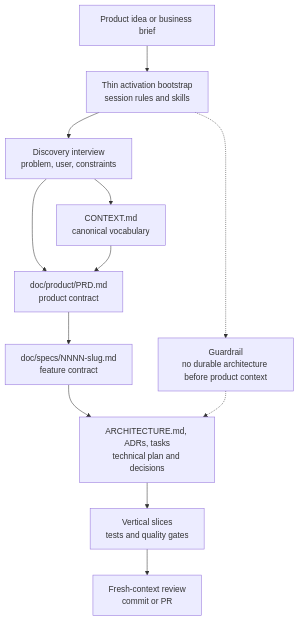
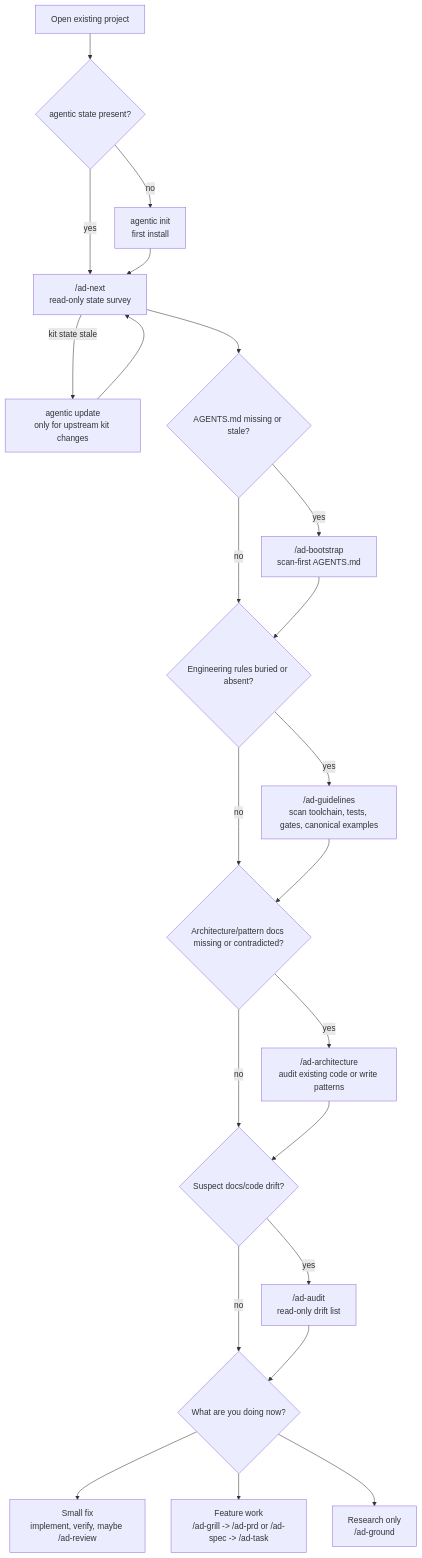
The fourth of 9 diagrams in WORKFLOW-FLOWS.md (alexandremendoncaalvaro/agentic-development), drawn with Mermaid before and after one commit. The commit also changed other lines of this file, not shown here.

First line of the commit message:
docs(workflow): route flows by installed skill scenario

````diff
--- a/WORKFLOW-FLOWS.md
+++ b/WORKFLOW-FLOWS.md
@@ -45,25 +135,43 @@
 ```mermaid
 flowchart TD
-    Idea["Product idea or business brief"]
-    Activation["Thin activation bootstrap<br>session rules and skills"]
-    Discovery["Discovery interview<br>problem, user, constraints"]
-    Domain["CONTEXT.md<br>canonical vocabulary"]
-    Prd["doc/product/PRD.md<br>product contract"]
-    Spec["doc/specs/NNNN-slug.md<br>feature contract"]
-    Plan["ARCHITECTURE.md, ADRs, tasks<br>technical plan and decisions"]
-    Code["Vertical slices<br>tests and quality gates"]
-    Review["Fresh-context review<br>commit or PR"]
-    Guard["Guardrail<br>no durable architecture before product context"]
+    Open["Open existing project"]
+    Installed{"agentic state present?"}
+    Init["agentic init<br>first install"]
+    Update["agentic update<br>only for upstream kit changes"]
+    Next["/ad-next<br>read-only state survey"]
+    NeedRules{"AGENTS.md missing or stale?"}
+    Bootstrap["/ad-bootstrap<br>scan-first AGENTS.md"]
+    NeedGuidelines{"Engineering rules buried or absent?"}
+    Guidelines["/ad-guidelines<br>scan toolchain, tests, gates, canonical examples"]
+    NeedArchitecture{"Architecture/pattern docs missing or contradicted?"}
+    Architecture["/ad-architecture<br>audit existing code or write patterns"]
+    NeedDrift{"Suspect docs/code drift?"}
+    Audit["/ad-audit<br>read-only drift list"]
+    WorkKind{"What are you doing now?"}
+    QuickFix["Small fix<br>implement, verify, maybe /ad-review"]
+    Feature["Feature work<br>/ad-grill -> /ad-prd or /ad-spec -> /ad-task"]
+    Research["Research only<br>/ad-ground"]
 
-    Idea --> Activation
-    Activation --> Discovery
-    Discovery --> Domain
-    Discovery --> Prd
-    Domain --> Prd
-    Prd --> Spec
-    Spec --> Plan
-    Plan --> Code
-    Code --> Review
-    Activation -.-> Guard
-    Guard -.-> Plan
+    Open --> Installed
+    Installed -->|no| Init
+    Installed -->|yes| Next
+    Init --> Next
+    Next -->|kit state stale| Update
+    Update --> Next
+    Next --> NeedRules
+    NeedRules -->|yes| Bootstrap
+    NeedRules -->|no| NeedGuidelines
+    Bootstrap --> NeedGuidelines
+    NeedGuidelines -->|yes| Guidelines
+    NeedGuidelines -->|no| NeedArchitecture
+    Guidelines --> NeedArchitecture
+    NeedArchitecture -->|yes| Architecture
+    NeedArchitecture -->|no| NeedDrift
+    Architecture --> NeedDrift
+    NeedDrift -->|yes| Audit
+    NeedDrift -->|no| WorkKind
+    Audit --> WorkKind
+    WorkKind --> QuickFix
+    WorkKind --> Feature
+    WorkKind --> Research
 ```
````
